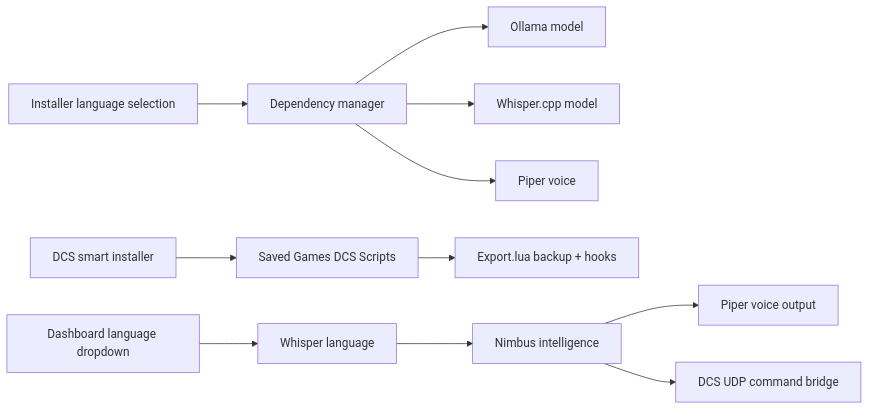
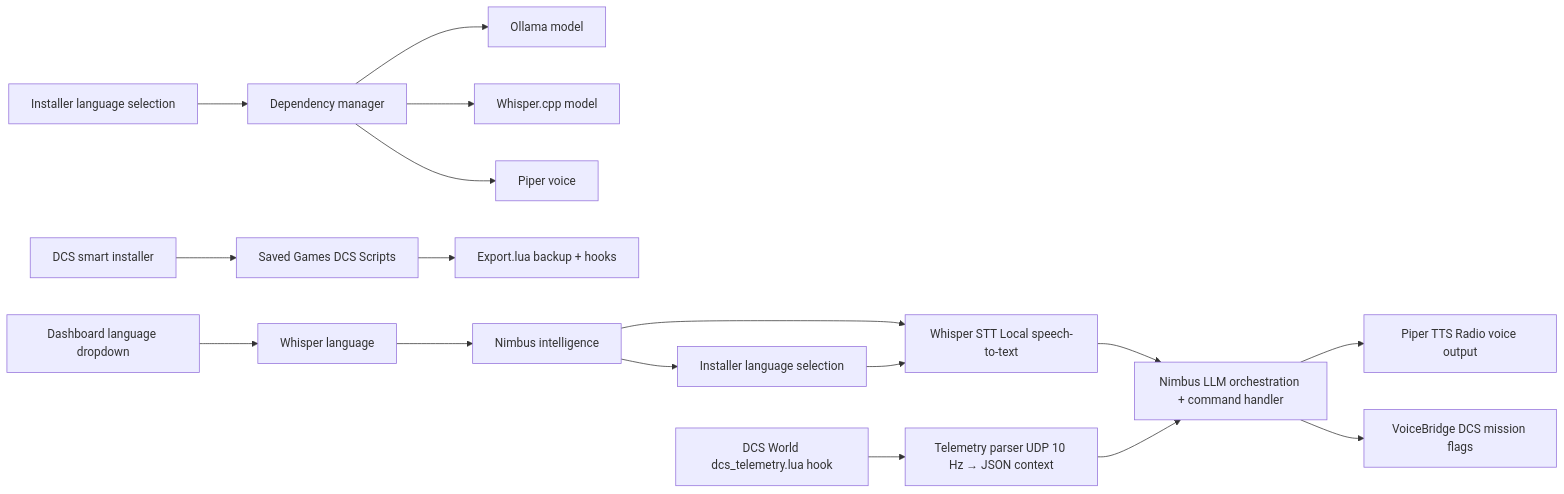
Before and after one commit to sharRahul/voice-comms-dcs: the diagram in README.md, drawn with Mermaid.

Commit message:
Update flow diagram in README.md
Added installer language selection to the flow diagram.

````diff
--- a/README.md
+++ b/README.md
@@ -5,13 +5,16 @@
 ```mermaid
 flowchart LR
     A[Installer language selection] --> B[Dependency manager]
     B --> C[Ollama model]
     B --> D[Whisper.cpp model]
     B --> E[Piper voice]
     F[DCS smart installer] --> G[Saved Games DCS Scripts]
     G --> H[Export.lua backup + hooks]
     I[Dashboard language dropdown] --> J[Whisper language]
     J --> K[Nimbus intelligence]
     K --> L[Piper voice output]
     K --> M[DCS UDP command bridge]
+
+	L[Installer language selection] --> M[Whisper STT Local speech-to-text] --> N[Nimbus LLM orchestration + command handler] --> O[Piper TTS Radio voice output]
+	P[DCS World dcs_telemetry.lua hook] --> Q[Telemetry parser UDP 10 Hz → JSON context] --> N[Nimbus LLM orchestration + command handler] --> R[VoiceBridge DCS mission flags]
 ```
````
